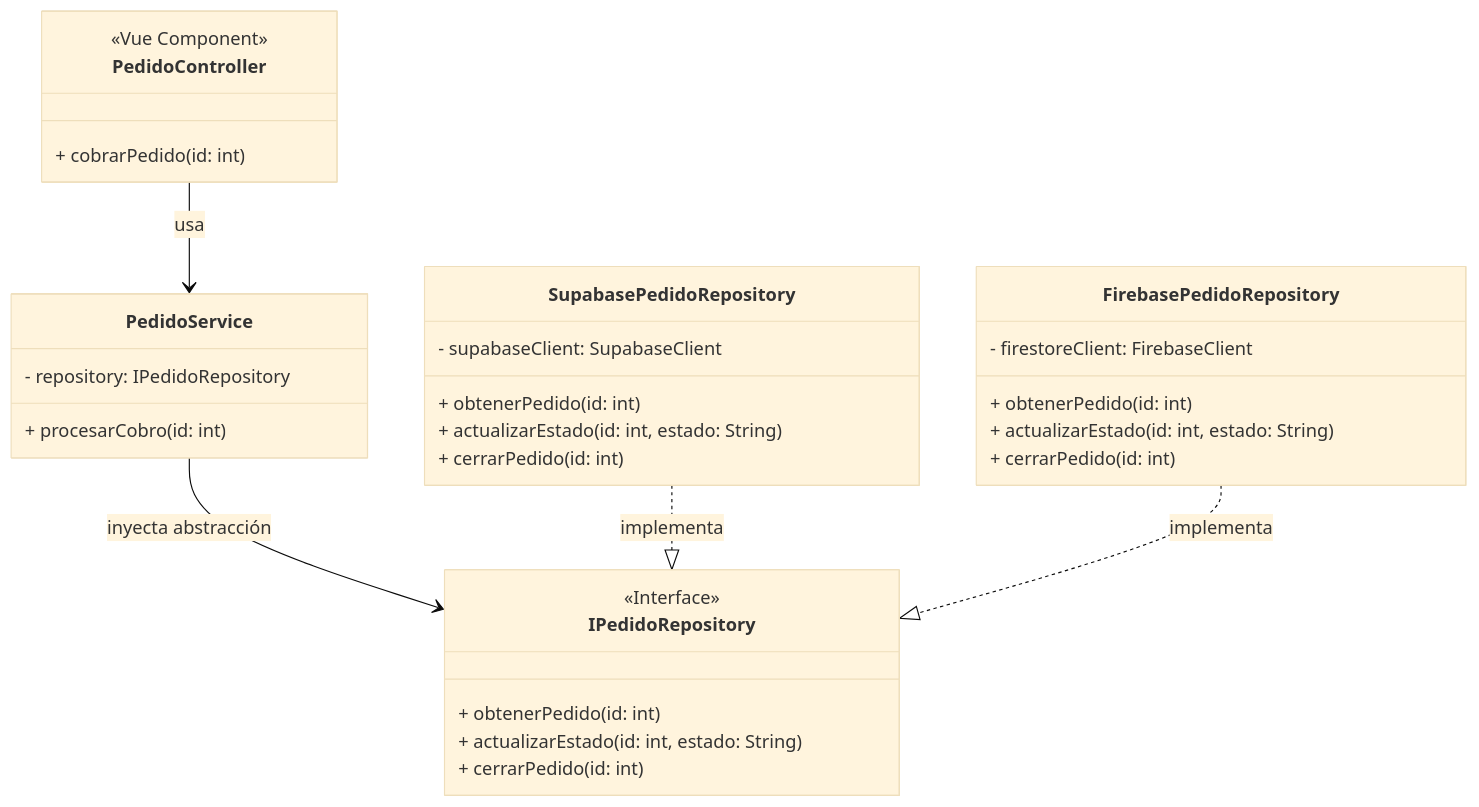
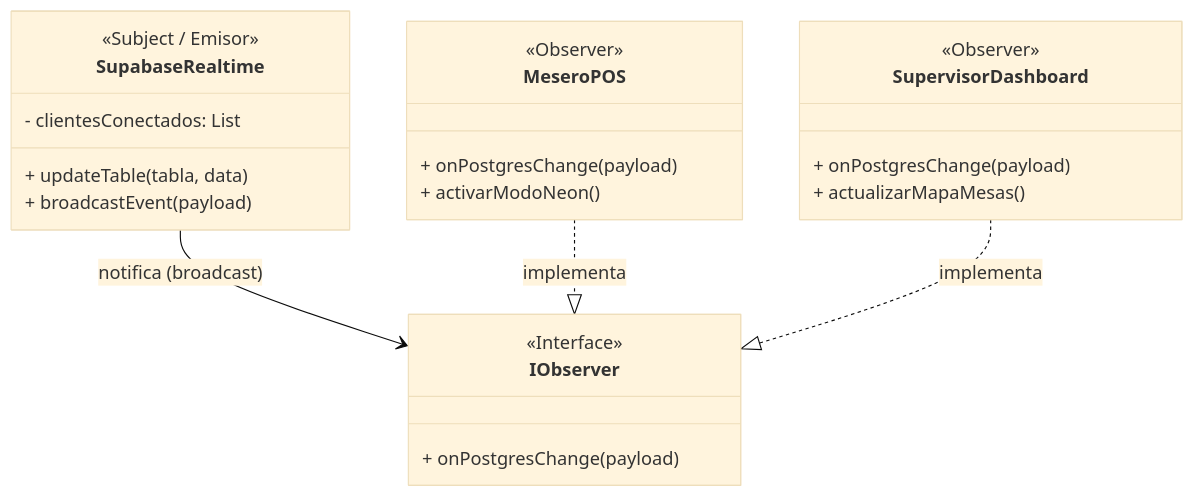
The first of 3 diagrams in analisis_solid_patrones.md (RodrigoAndrade950804/Administracion-MVC), drawn with Mermaid (base theme) before and after one commit. The commit also changed other lines of this file and 2 other files, not shown here.

Commit message:
docs: actualizar README con patrones Facade y Singleton

````diff
--- a/analisis_solid_patrones.md
+++ b/analisis_solid_patrones.md
@@ -38,39 +33,31 @@
 ```mermaid
 classDiagram
     direction TB
-    class PedidoController {
-      <<Vue Component>>
-      + cobrarPedido(id: int)
+    class SupabaseRealtime {
+      <<Subject / Emisor>>
+      - clientesConectados: List
+      + updateTable(tabla, data)
+      + broadcastEvent(payload)
     }
     
-    class IPedidoRepository {
+    class IObserver {
       <<Interface>>
-      + obtenerPedido(id: int)
-      + actualizarEstado(id: int, estado: String)
-      + cerrarPedido(id: int)
+      + onPostgresChange(payload)
     }
     
-    class SupabasePedidoRepository {
-      - supabaseClient: SupabaseClient
-      + obtenerPedido(id: int)
-      + actualizarEstado(id: int, estado: String)
-      + cerrarPedido(id: int)
+    class MeseroPOS {
+      <<Observer>>
+      + onPostgresChange(payload)
+      + activarModoNeon()
     }
     
-    class FirebasePedidoRepository {
-      - firestoreClient: FirebaseClient
-      + obtenerPedido(id: int)
-      + actualizarEstado(id: int, estado: String)
-      + cerrarPedido(id: int)
-    }
-    
-    class PedidoService {
-      - repository: IPedidoRepository
-      + procesarCobro(id: int)
+    class SupervisorDashboard {
+      <<Observer>>
+      + onPostgresChange(payload)
+      + actualizarMapaMesas()
     }
 
-    PedidoController --> PedidoService : usa
-    PedidoService --> IPedidoRepository : inyecta abstracción
-    SupabasePedidoRepository ..|> IPedidoRepository : implementa
-    FirebasePedidoRepository ..|> IPedidoRepository : implementa
+    SupabaseRealtime --> IObserver : notifica (broadcast)
+    MeseroPOS ..|> IObserver : implementa
+    SupervisorDashboard ..|> IObserver : implementa
 ```
````
